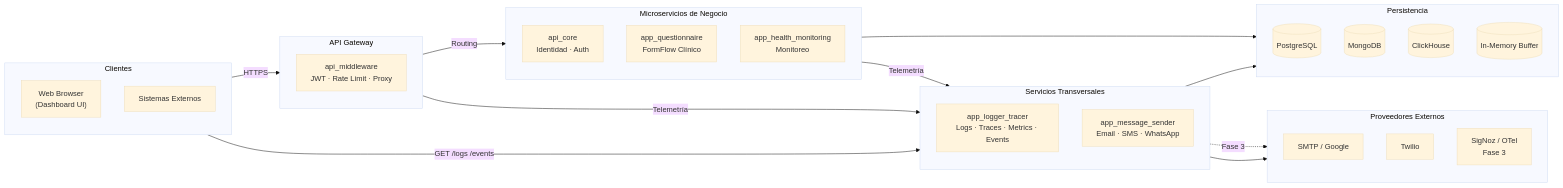
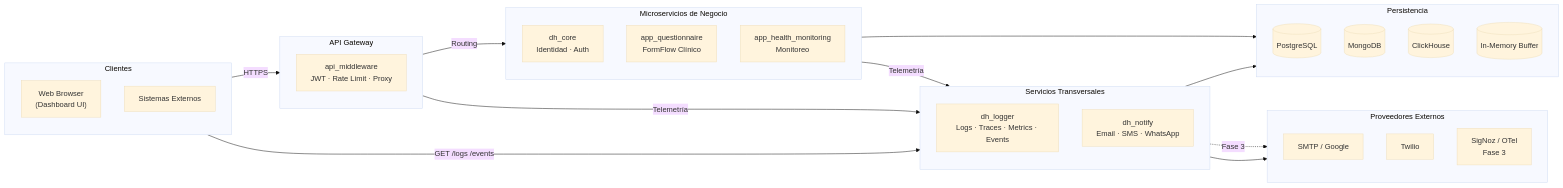
The third of 3 diagrams in architecture/diagrama_arquitectura.md (m4ck-y/dh_docs), drawn with Mermaid (base theme) before and after one commit. The commit also changed other lines of this file and 52 other files, not shown here.

````diff
--- a/architecture/diagrama_arquitectura.md
+++ b/architecture/diagrama_arquitectura.md
@@ -184,58 +184,58 @@
 ```mermaid
 graph LR
     subgraph Clients["Clientes"]
         Browser["Web Browser
 (Dashboard UI)"]
         ExtAPI["Sistemas Externos"]
     end
 
     subgraph Gateway["API Gateway"]
         MW["api_middleware
 JWT · Rate Limit · Proxy"]
     end
 
     subgraph Business["Microservicios de Negocio"]
         direction TB
-        CORE["api_core
+        CORE["dh_core
 Identidad · Auth"]
         QUEST["app_questionnaire
 FormFlow Clínico"]
         HEALTH["app_health_monitoring
 Monitoreo"]
     end
 
     subgraph CrossCutting["Servicios Transversales"]
         direction TB
-        LOGGER["app_logger_tracer
+        LOGGER["dh_logger
 Logs · Traces · Metrics · Events"]
-        MSGSENDER["app_message_sender
+        MSGSENDER["dh_notify
 Email · SMS · WhatsApp"]
     end
 
     subgraph Data["Persistencia"]
         direction TB
         PG[("PostgreSQL")]
         MONGO[("MongoDB")]
         CH[("ClickHouse")]
         MEM[("In-Memory Buffer")]
     end
 
     subgraph External["Proveedores Externos"]
         direction TB
         SMTP["SMTP / Google"]
         TWILIO["Twilio"]
         SIGNOZ["SigNoz / OTel
 Fase 3"]
     end
 
     Clients -->|HTTPS| Gateway
     Gateway -->|Routing| Business
     Business -->|Telemetría| CrossCutting
     Gateway -->|Telemetría| CrossCutting
     Clients -->|"GET /logs /events"| LOGGER
 
     Business --> Data
     CrossCutting --> Data
     MSGSENDER --> External
     LOGGER -.->|Fase 3| SIGNOZ
 ```
````
